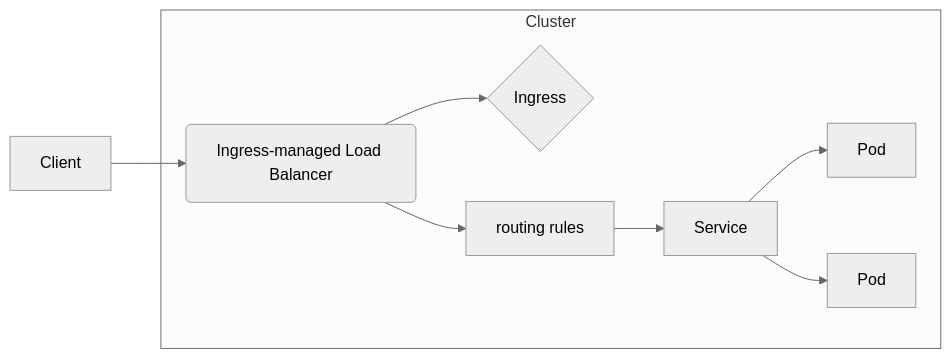
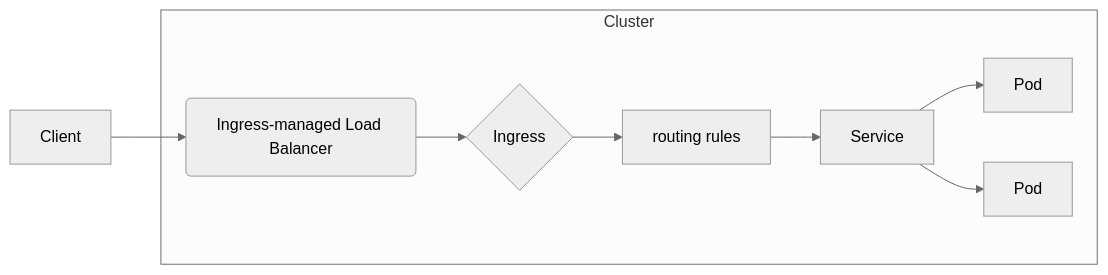
Before and after one commit to 007chiragshah/tucana: the third of 3 diagrams in Architecture_Overview.md, drawn with Mermaid (neutral theme).

````diff
--- a/Architecture_Overview.md
+++ b/Architecture_Overview.md
@@ -194,11 +194,11 @@
   ```mermaid 
   graph LR
     A[Client]-->B(Ingress-managed Load Balancer);
     subgraph Cluster
         B-->C{Ingress};
-        B-->D[routing rules];
+        C-->D[routing rules];
         D-->E[Service];
         E-->F[Pod];
         E-->G[Pod];
     end
   ```
````
